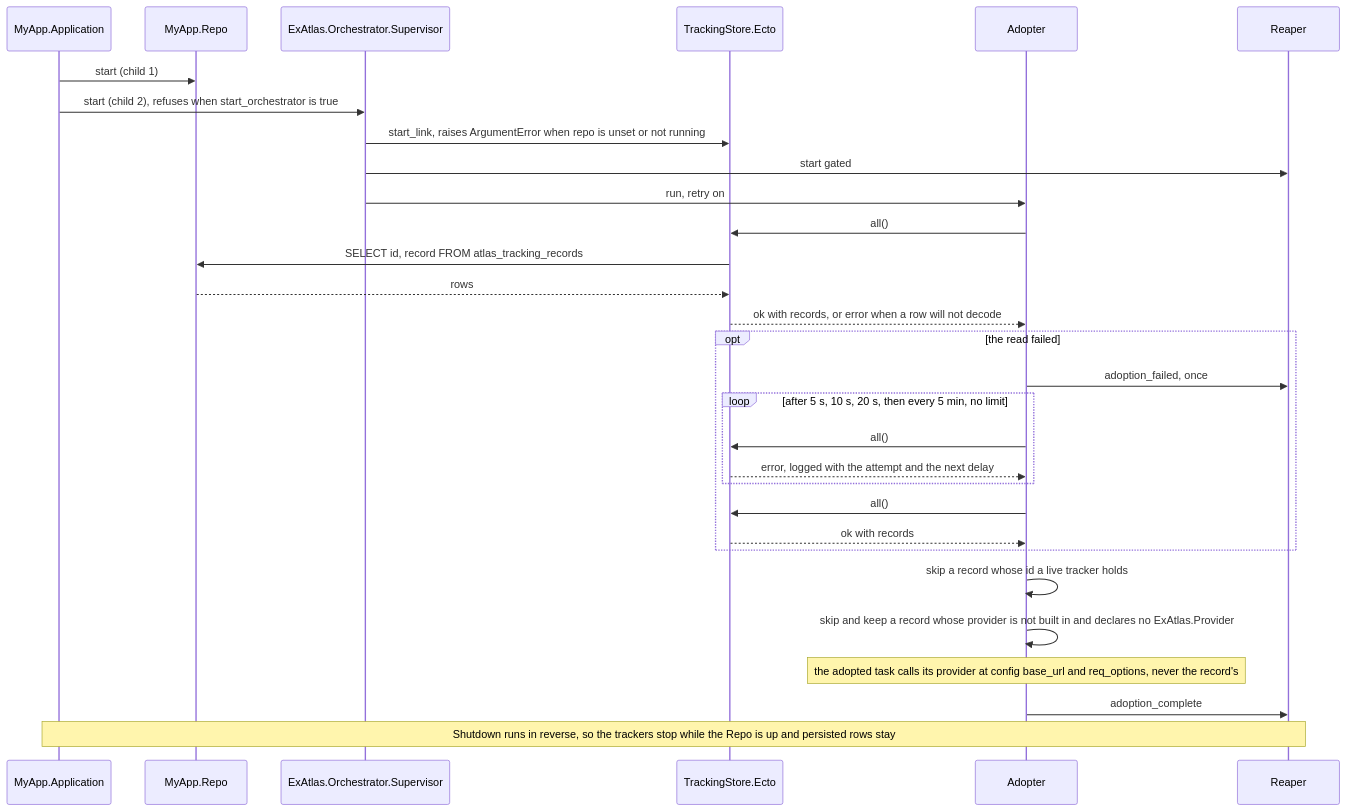
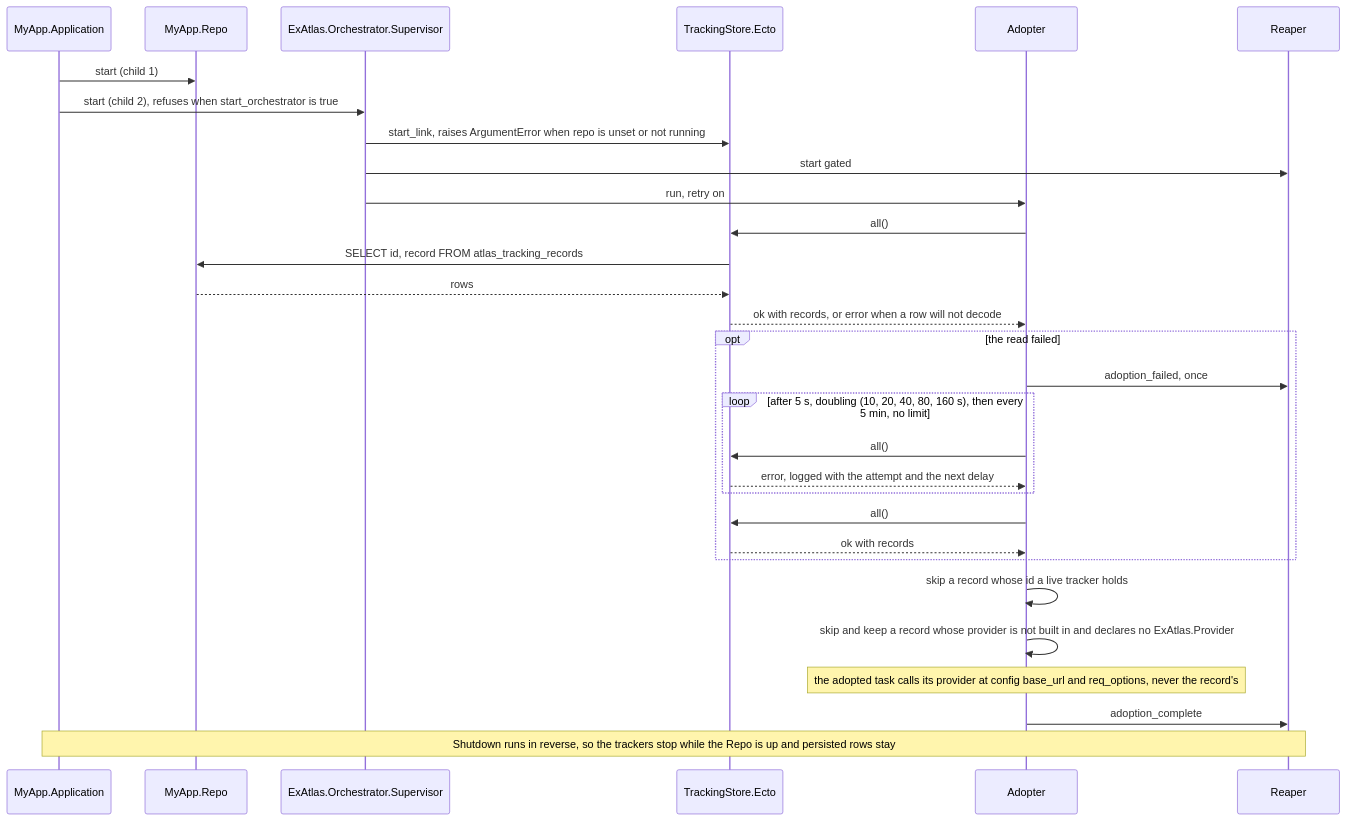
Before and after one commit to udin-io/ex_atlas: the first of 16 diagrams in docs/architecture.md, drawn with Mermaid. The commit also changed 6 other files, not shown here.

Commit message:
docs: the review fixes in CHANGELOG and decisions, the deadline bound, the retry delays, and the roadmap before merge, refs #155

````diff
--- a/docs/architecture.md
+++ b/docs/architecture.md
@@ -74,32 +74,32 @@
 ```mermaid
 sequenceDiagram
   participant Host as MyApp.Application
   participant Repo as MyApp.Repo
   participant Sup as ExAtlas.Orchestrator.Supervisor
   participant Store as TrackingStore.Ecto
   participant Adopter as Adopter
   participant Reaper as Reaper
   Host->>Repo: start (child 1)
   Host->>Sup: start (child 2), refuses when start_orchestrator is true
   Sup->>Store: start_link, raises ArgumentError when repo is unset or not running
   Sup->>Reaper: start gated
   Sup->>Adopter: run, retry on
   Adopter->>Store: all()
   Store->>Repo: SELECT id, record FROM atlas_tracking_records
   Repo-->>Store: rows
   Store-->>Adopter: ok with records, or error when a row will not decode
   opt the read failed
     Adopter->>Reaper: adoption_failed, once
-    loop after 5 s, 10 s, 20 s, then every 5 min, no limit
+    loop after 5 s, doubling (10, 20, 40, 80, 160 s), then every 5 min, no limit
       Adopter->>Store: all()
       Store-->>Adopter: error, logged with the attempt and the next delay
     end
     Adopter->>Store: all()
     Store-->>Adopter: ok with records
   end
   Adopter->>Adopter: skip a record whose id a live tracker holds
   Adopter->>Adopter: skip and keep a record whose provider is not built in and declares no ExAtlas.Provider
   Note over Adopter: the adopted task calls its provider at config base_url and req_options, never the record's
   Adopter->>Reaper: adoption_complete
   Note over Host,Reaper: Shutdown runs in reverse, so the trackers stop while the Repo is up and persisted rows stay
 ```
````
